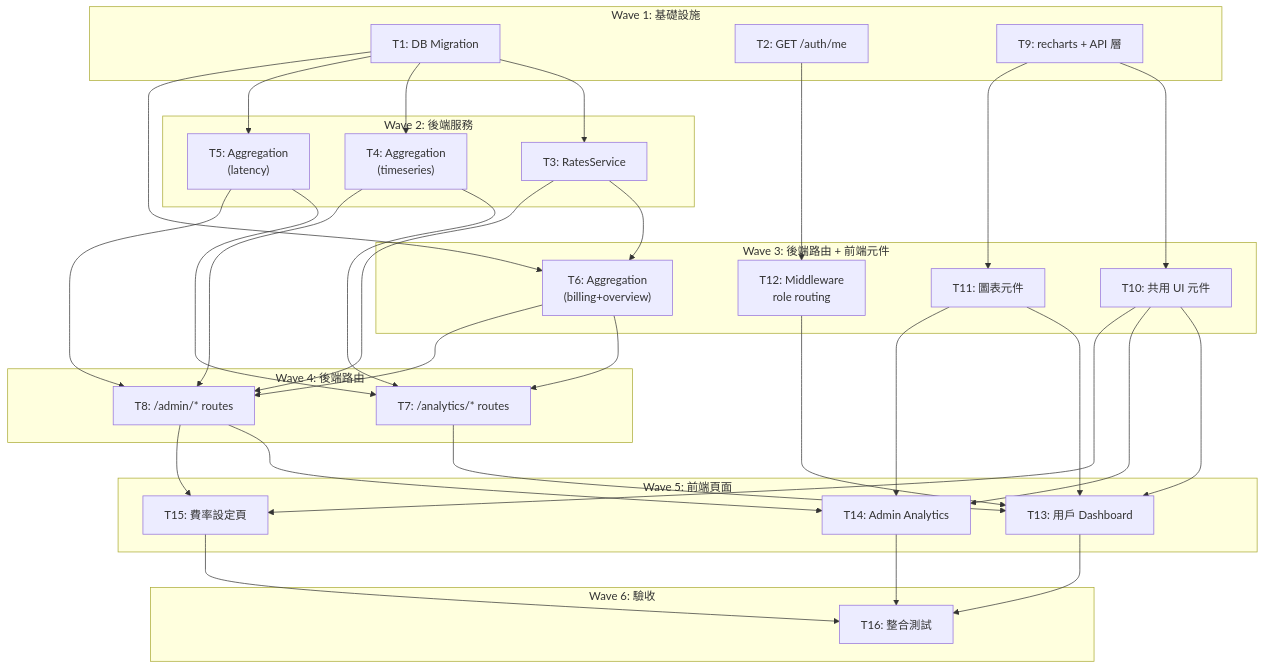
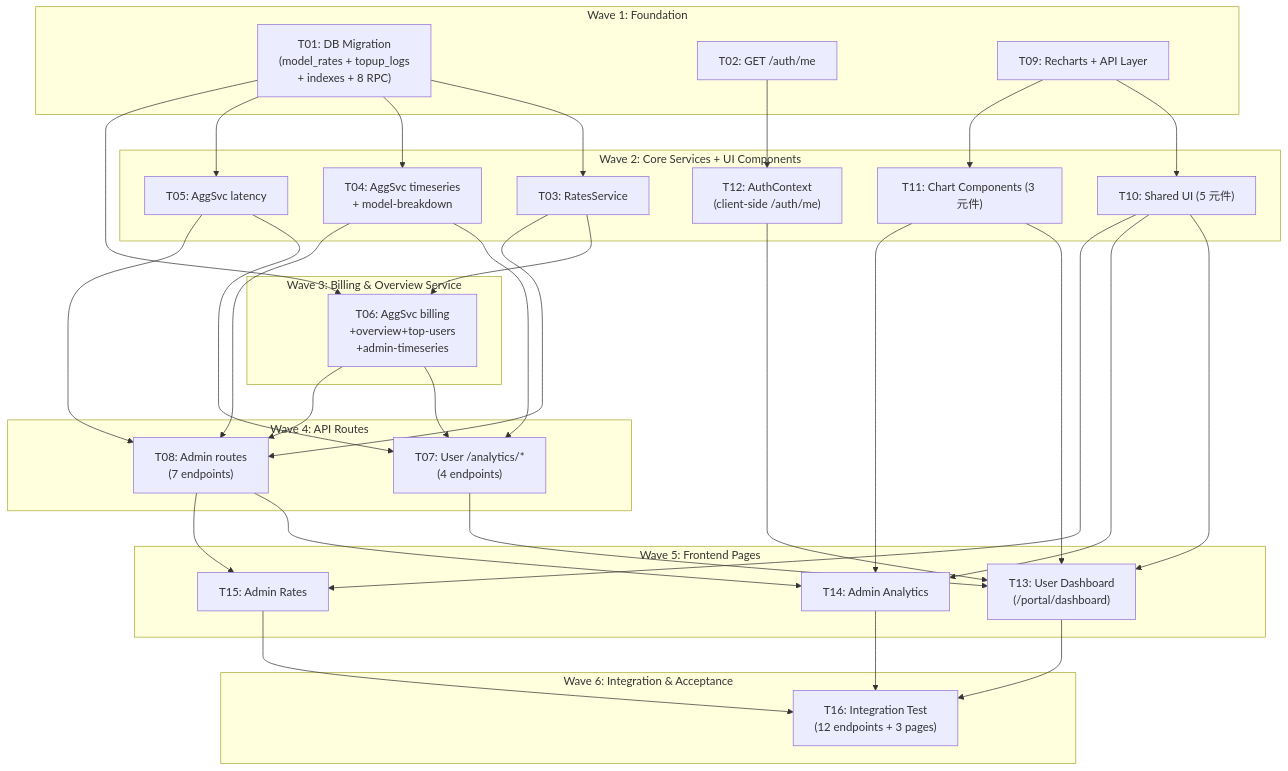
Before and after one commit to sooneocean/apiex-platform: the diagram in dev/specs/analytics-dashboard/s3_implementation_plan.md, drawn with Mermaid. The commit also changed other lines of this file and 1 other file, not shown here.

Commit message:
chore: update analytics-dashboard plan + context after S4

````diff
--- a/dev/specs/analytics-dashboard/s3_implementation_plan.md
+++ b/dev/specs/analytics-dashboard/s3_implementation_plan.md
@@ -681,64 +822,64 @@
 ```mermaid
 flowchart TD
-    subgraph "Wave 1: 基礎設施"
-        T1["T1: DB Migration"]
-        T2["T2: GET /auth/me"]
-        T9["T9: recharts + API 層"]
+    subgraph "Wave 1: Foundation"
+        T01["T01: DB Migration<br/>(model_rates + topup_logs<br/>+ indexes + 8 RPC)"]
+        T02["T02: GET /auth/me"]
+        T09["T09: Recharts + API Layer"]
     end
 
-    subgraph "Wave 2: 後端服務"
-        T3["T3: RatesService"]
-        T4["T4: Aggregation<br/>(timeseries)"]
-        T5["T5: Aggregation<br/>(latency)"]
+    subgraph "Wave 2: Core Services + UI Components"
+        T03["T03: RatesService"]
+        T04["T04: AggSvc timeseries<br/>+ model-breakdown"]
+        T05["T05: AggSvc latency"]
+        T10["T10: Shared UI (5 元件)"]
+        T11["T11: Chart Components (3 元件)"]
+        T12["T12: AuthContext<br/>(client-side /auth/me)"]
     end
 
-    subgraph "Wave 3: 後端路由 + 前端元件"
-        T6["T6: Aggregation<br/>(billing+overview)"]
-        T10["T10: 共用 UI 元件"]
-        T11["T11: 圖表元件"]
-        T12["T12: Middleware<br/>role routing"]
+    subgraph "Wave 3: Billing & Overview Service"
+        T06["T06: AggSvc billing<br/>+overview+top-users<br/>+admin-timeseries"]
     end
 
-    subgraph "Wave 4: 後端路由"
-        T7["T7: /analytics/* routes"]
-        T8["T8: /admin/* routes"]
+    subgraph "Wave 4: API Routes"
+        T07["T07: User /analytics/*<br/>(4 endpoints)"]
+        T08["T08: Admin routes<br/>(7 endpoints)"]
     end
 
-    subgraph "Wave 5: 前端頁面"
-        T13["T13: 用戶 Dashboard"]
+    subgraph "Wave 5: Frontend Pages"
+        T13["T13: User Dashboard<br/>(/portal/dashboard)"]
         T14["T14: Admin Analytics"]
-        T15["T15: 費率設定頁"]
+        T15["T15: Admin Rates"]
     end
 
-    subgraph "Wave 6: 驗收"
-        T16["T16: 整合測試"]
+    subgraph "Wave 6: Integration & Acceptance"
+        T16["T16: Integration Test<br/>(12 endpoints + 3 pages)"]
     end
 
-    T1 --> T3
-    T1 --> T4
-    T1 --> T5
-    T1 --> T6
-    T3 --> T6
-    T4 --> T7
-    T5 --> T7
-    T6 --> T7
-    T3 --> T8
-    T4 --> T8
-    T5 --> T8
-    T6 --> T8
-    T2 --> T12
-    T9 --> T10
-    T9 --> T11
-    T7 --> T13
+    T01 --> T03
+    T01 --> T04
+    T01 --> T05
+    T01 --> T06
+    T03 --> T06
+    T09 --> T10
+    T09 --> T11
+    T02 --> T12
+    T04 --> T07
+    T05 --> T07
+    T06 --> T07
+    T03 --> T08
+    T04 --> T08
+    T05 --> T08
+    T06 --> T08
+    T07 --> T13
     T10 --> T13
     T11 --> T13
     T12 --> T13
-    T8 --> T14
+    T08 --> T14
     T10 --> T14
     T11 --> T14
-    T8 --> T15
+    T08 --> T15
     T10 --> T15
     T13 --> T16
     T14 --> T16
     T15 --> T16
 ```
````
